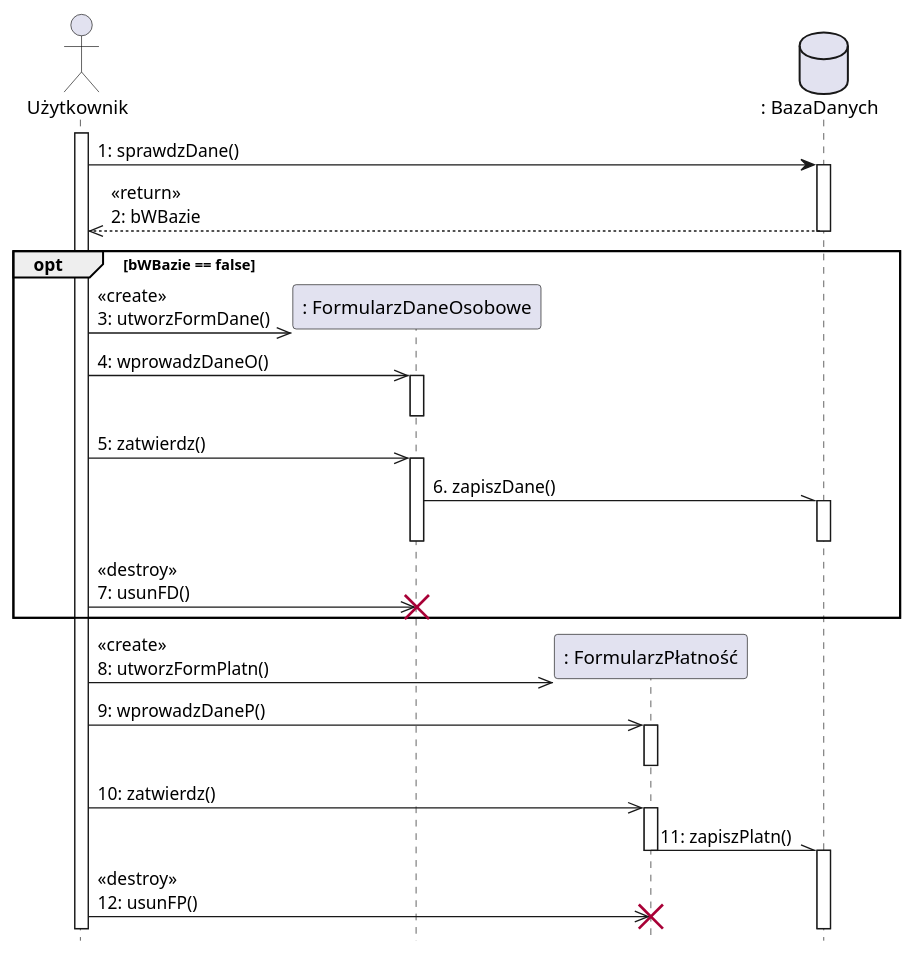
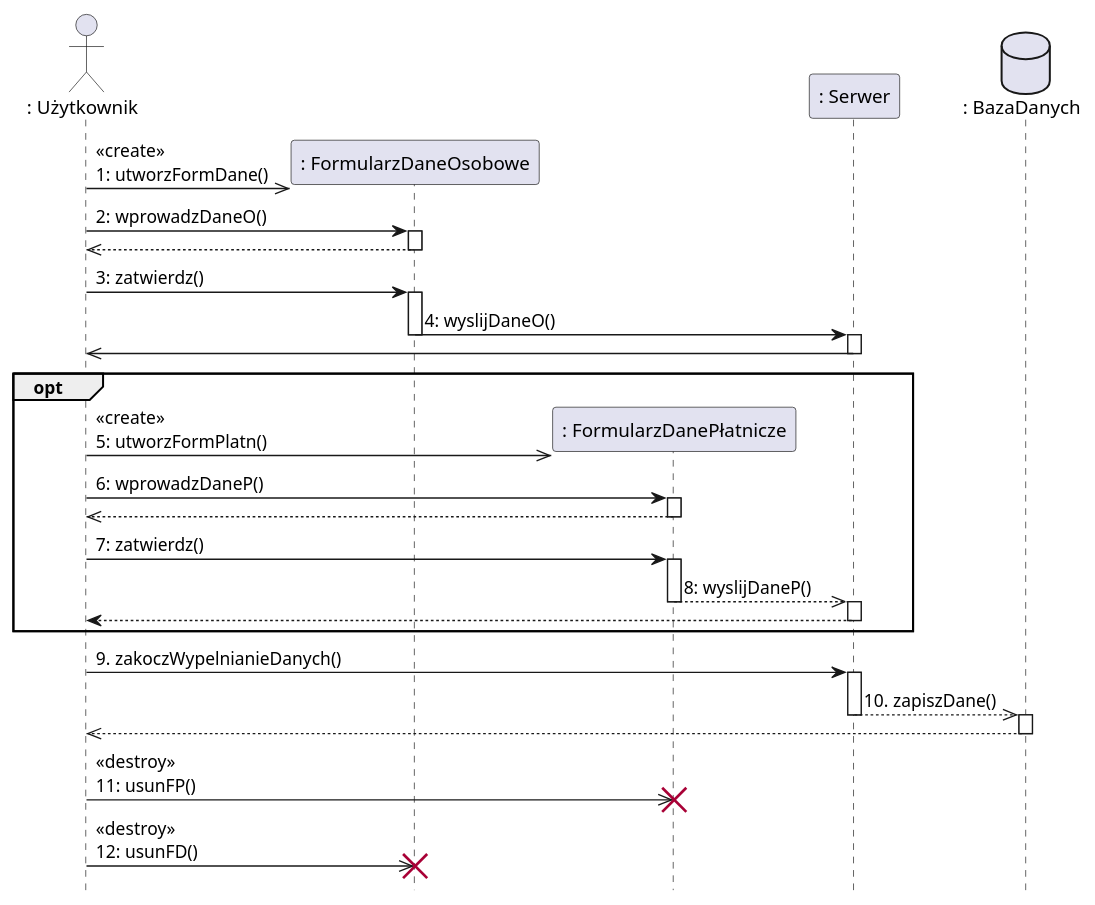
Before and after one commit to KStefanowicz04/ProjektIO: the diagram in Diagramy-przebiegu/diagram_przebiegu3_KS.plantuml, drawn with PlantUML. The commit also changed 2 other files, not shown here.

Commit message:
Ostatni diagram przebiegu

```diff
--- a/Diagramy-przebiegu/diagram_przebiegu3_KS.plantuml
+++ b/Diagramy-przebiegu/diagram_przebiegu3_KS.plantuml
@@ -1,56 +1,55 @@
 @startuml
   hide footbox
 
-  actor Użytkownik as u
+  actor ": Użytkownik" as u
   participant ": FormularzDaneOsobowe" as fd
-  participant ": FormularzPłatność" as fp
+  participant ": FormularzDanePłatnicze" as fp
+  participant ": Serwer" as s
   database ": BazaDanych" as db
 
-  '1 - Użytkownik pyta Bazę Danych czy jego dane już występują w bazie
-  activate u
-  u -> db : 1: sprawdzDane()
+  '1 - Użytkownik wypełnia formularz o danych osobowych
+  u ->> fd ** : <<create>>\n1: utworzFormDane()
+
+  u -> fd : 2: wprowadzDaneO()
+  activate fd
+  fd -->> u
+  deactivate fd
+
+  u -> fd : 3: zatwierdz()
+  activate fd
+  fd -> s : 4: wyslijDaneO()
+  deactivate fd
+  activate s
+  s ->> u
+  deactivate s
+
+  '2 - (opt) Użytkownik wypełnia dane płatnicze
+  opt
+    u ->> fp ** : <<create>>\n5: utworzFormPlatn()
+    u -> fp : 6: wprowadzDaneP()
+    activate fp
+    fp -->> u
+    deactivate fp
+
+    u -> fp : 7: zatwierdz()
+    activate fp
+    fp -->> s : 8: wyslijDaneP()
+    deactivate fp
+    activate s
+    s --> u
+    deactivate s
+  end
+
+  '3 - Potwierdzenie utworzenia konta
+  u -> s : 9. zakoczWypelnianieDanych()
+  activate s
+  s -->> db : 10. zapiszDane()
+  deactivate s
   activate db
-  db -->> u : <<return>>\n2: bWBazie
+  db -->> u
   deactivate db
 
-  '2 - (opt) Jeśli w bazie nie występują dane osobowe,
-  'użytkownik wypełnia formularz i dane są wysyłane do Bazy
-  opt bWBazie == false
-    u ->> fd ** : <<create>>\n3: utworzFormDane()
-
-    u ->> fd : 4: wprowadzDaneO()
-    activate fd
-    deactivate fd
-
-    u ->> fd : 5: zatwierdz()
-    activate fd
-
-    fd -\\ db : 6. zapiszDane()
-    activate db
-    deactivate fd
-    deactivate db
-
-    u ->> fd !! : <<destroy>>\n7: usunFD()
-  end
-
-  '3 -  Użytkownik wypełnia dane płatnicze
-  u ->> fp ** : <<create>>\n8: utworzFormPlatn()
-  u ->> fp : 9: wprowadzDaneP()
-  activate fp
-  deactivate fp
-
-  u ->> fp : 10: zatwierdz()
-  activate fp
-
-  '4 - Zapisanie info o płatności do Bazy Danych
-  fp -\\ db : 11: zapiszPlatn()
-  deactivate fp
-  activate db
-  deactivate db
-
-  
-  u ->> fp !! : <<destroy>>\n12: usunFP()
-
-
+  u ->> fp !! : <<destroy>>\n11: usunFP()
+  u ->> fd !! : <<destroy>>\n12: usunFD()
 
 @enduml
```
